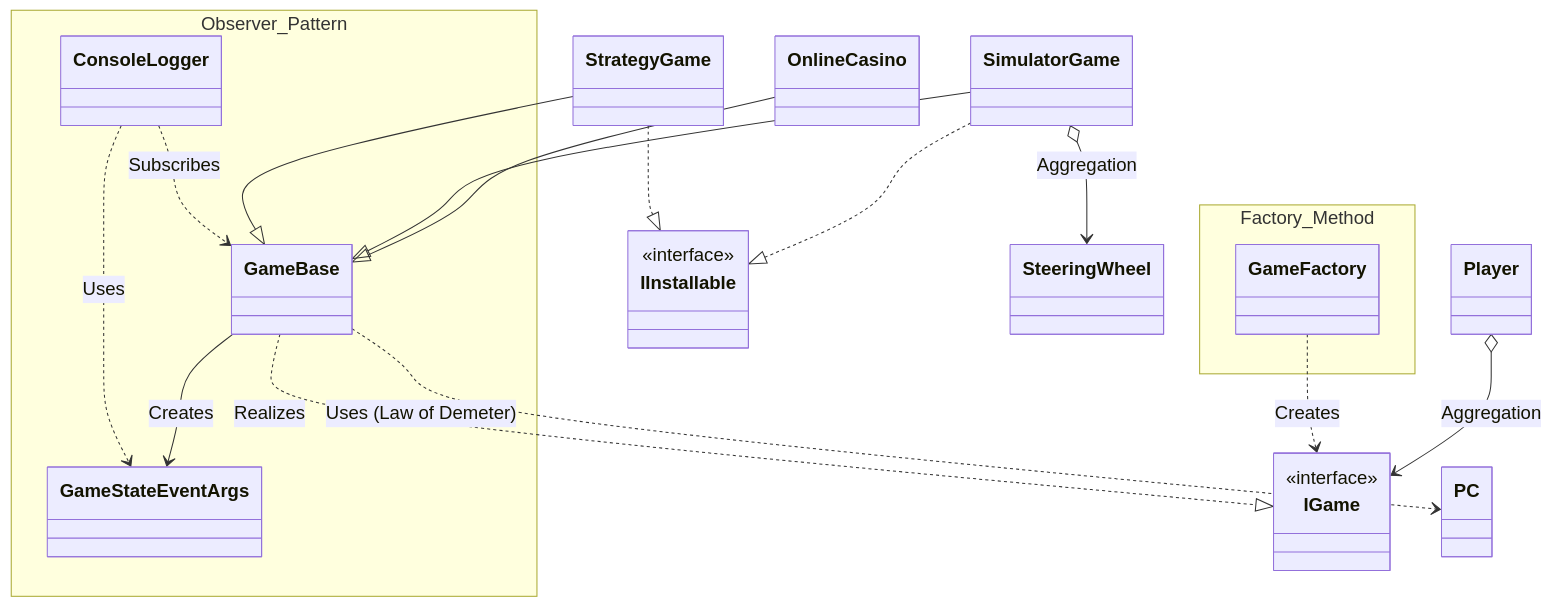
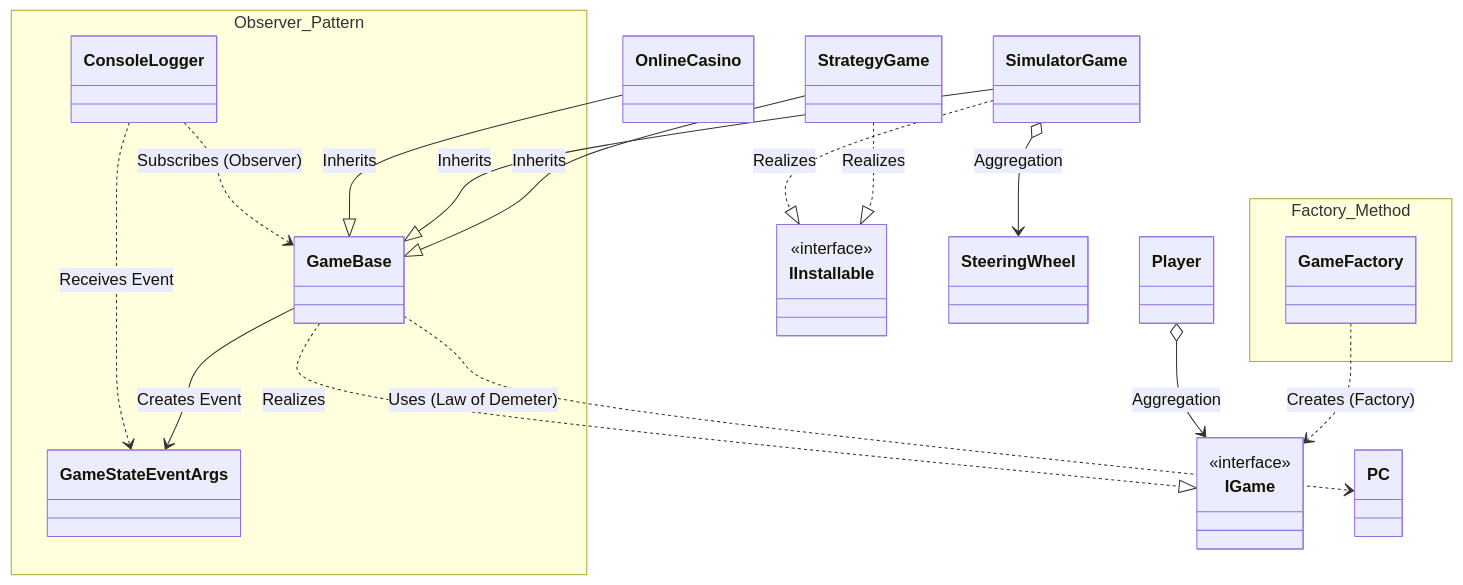
The diagram in README.md (VDamnV/SAD_lab2), drawn with Mermaid before and after one commit. The commit also changed other lines of this file, not shown here.

````diff
--- a/README.md
+++ b/README.md
@@ -3,46 +3,57 @@
 ```mermaid
-%%{init: {"theme": "default", "themeVariables": { "fontSize": "18px", "fontFamily": "arial" }}}%%
 classDiagram
     direction TB
 
-    %% --- ВИДІЛЕННЯ ПАТЕРНІВ РАМКАМИ (Вимога Лаб 1.3) ---
+    %% --- ПАТЕРНИ ПРОЕКТУВАННЯ (Виділені рамками згідно з Лаб 1.3) ---
+    
     namespace Observer_Pattern {
         class ConsoleLogger
         class GameStateEventArgs
         class GameBase
     }
 
     namespace Factory_Method {
         class GameFactory
     }
 
-    %% --- БАЗОВІ СУТНОСТІ ---
-    class IGame { <<interface>> }
-    class IInstallable { <<interface>> }
+    %% --- ІНТЕРФЕЙСИ ТА СУТНОСТІ ---
+    
+    class IGame {
+        <<interface>>
+    }
+    class IInstallable {
+        <<interface>>
+    }
+    
     class StrategyGame
     class SimulatorGame
     class OnlineCasino
+    
     class PC
     class Player
     class SteeringWheel
 
-    %% --- 1. ЗВ'ЯЗКИ ПАТЕРНІВ ---
-    GameFactory ..> IGame : Creates
-    ConsoleLogger ..> GameBase : Subscribes
-    ConsoleLogger ..> GameStateEventArgs : Uses
-    GameBase --> GameStateEventArgs : Creates
+    %% --- ЗВ'ЯЗКИ (НАСЛІДУВАННЯ ТА РЕАЛІЗАЦІЯ) ---
+    
+    GameBase ..|> IGame : Realizes
+    StrategyGame --|> GameBase : Inherits
+    SimulatorGame --|> GameBase : Inherits
+    OnlineCasino --|> GameBase : Inherits
 
-    %% --- 2. НАСЛІДУВАННЯ ТА РЕАЛІЗАЦІЯ ---
-    GameBase ..|> IGame : Realizes
-    StrategyGame --|> GameBase
-    SimulatorGame --|> GameBase
-    OnlineCasino --|> GameBase
+    StrategyGame ..|> IInstallable : Realizes
+    SimulatorGame ..|> IInstallable : Realizes
 
-    StrategyGame ..|> IInstallable
-    SimulatorGame ..|> IInstallable
+    %% --- ВЗАЄМОДІЯ ПАТЕРНІВ ---
+    
+    GameFactory ..> IGame : Creates (Factory)
+    
+    GameBase --> GameStateEventArgs : Creates Event
+    ConsoleLogger ..> GameStateEventArgs : Receives Event
+    ConsoleLogger ..> GameBase : Subscribes (Observer)
 
-    %% --- 3. АГРЕГАЦІЯ ТА ВИКОРИСТАННЯ (LoD) ---
+    %% --- АГРЕГАЦІЯ ТА ЗАКОН ДЕМЕТРИ ---
+    
     Player o--> IGame : Aggregation
     SimulatorGame o--> SteeringWheel : Aggregation
     GameBase ..> PC : Uses (Law of Demeter)
 ```
````
